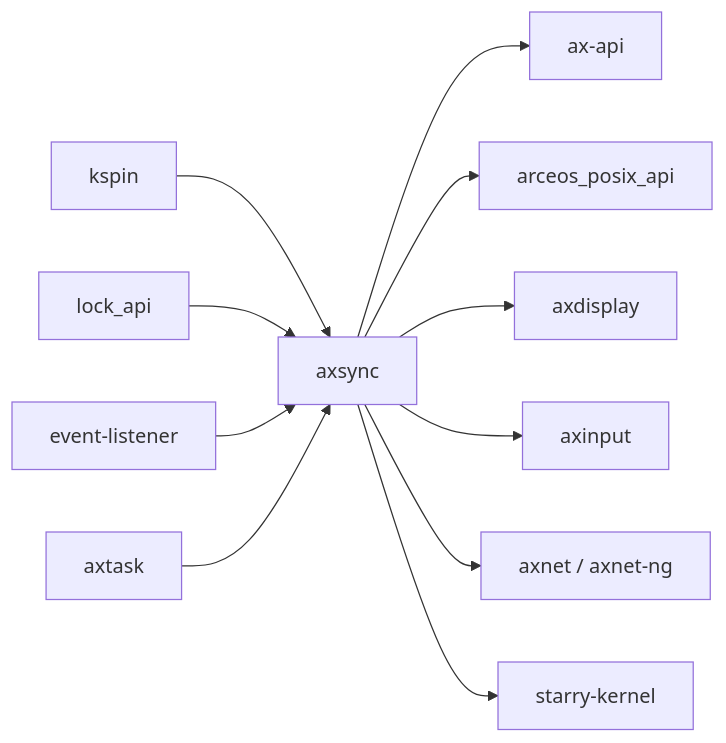
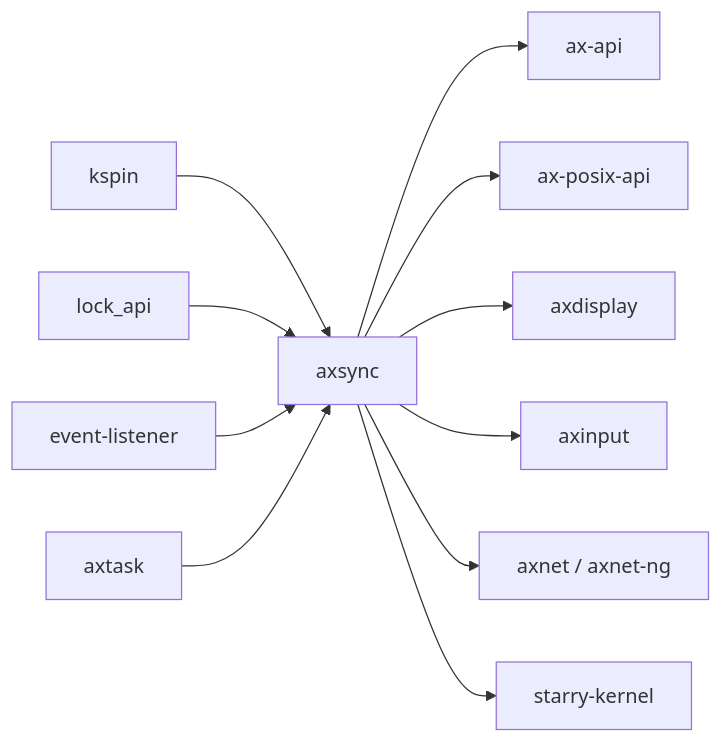
One commit to zKurisu/tgoskits changed the second of 2 diagrams in docs/crates/axsync.md. Above: the diagram before and after it, drawn with Mermaid. The commit also changed other lines of this file and 39 other files, not shown here.

Commit message:
rename arceos_posix_api to ax-posix-api

````diff
--- a/docs/crates/axsync.md
+++ b/docs/crates/axsync.md
@@ -109,14 +109,14 @@
 ```mermaid
 graph LR
     kspin["kspin"] --> axsync["axsync"]
     lock_api["lock_api"] --> axsync
     event_listener["event-listener"] --> axsync
     axtask["axtask"] --> axsync
 
     axsync --> ax-api["ax-api"]
-    axsync --> arceos_posix_api["arceos_posix_api"]
+    axsync --> ax-posix-api["ax-posix-api"]
     axsync --> axdisplay["axdisplay"]
     axsync --> axinput["axinput"]
     axsync --> axnet["axnet / axnet-ng"]
     axsync --> starry_kernel["starry-kernel"]
 ```
````
